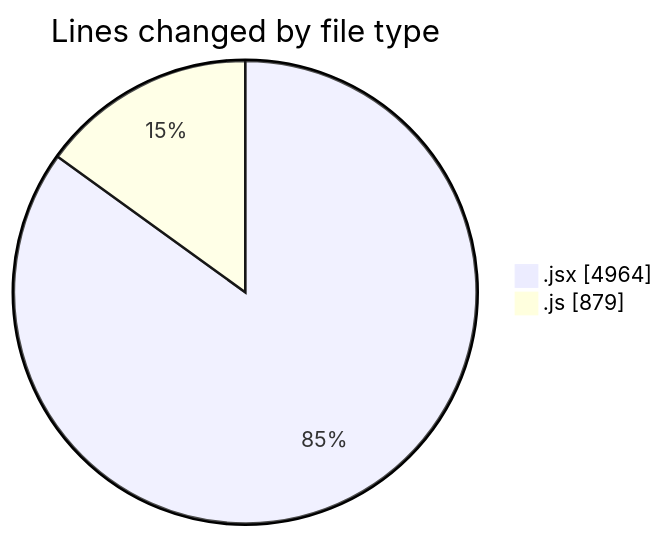
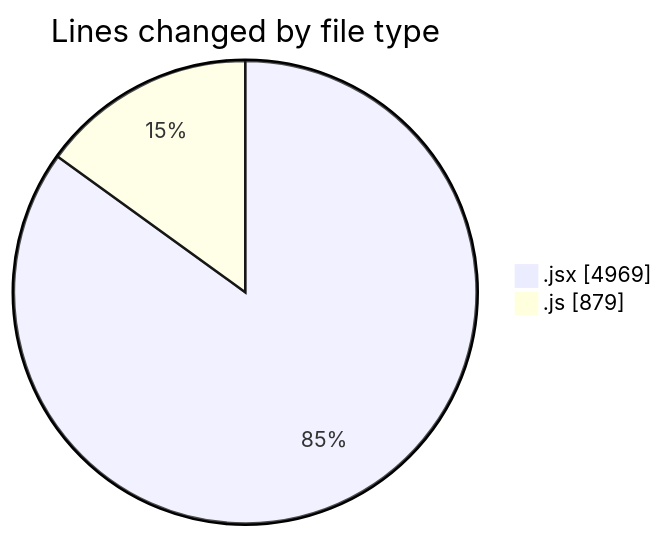
The first of 2 diagrams in 2025-07-21/nxtqube_webapp/README.md (nxtqubesakshisongat/code-tracking), drawn with Mermaid before and after one commit. The commit also changed other lines of this file and 1 other file, not shown here.

````diff
--- a/2025-07-21/nxtqube_webapp/README.md
+++ b/2025-07-21/nxtqube_webapp/README.md
@@ -28,6 +28,6 @@
 ```mermaid
 pie showData
 title Lines changed by file type
-".jsx" : 4964
+".jsx" : 4969
 ".js" : 879
 ```
````
